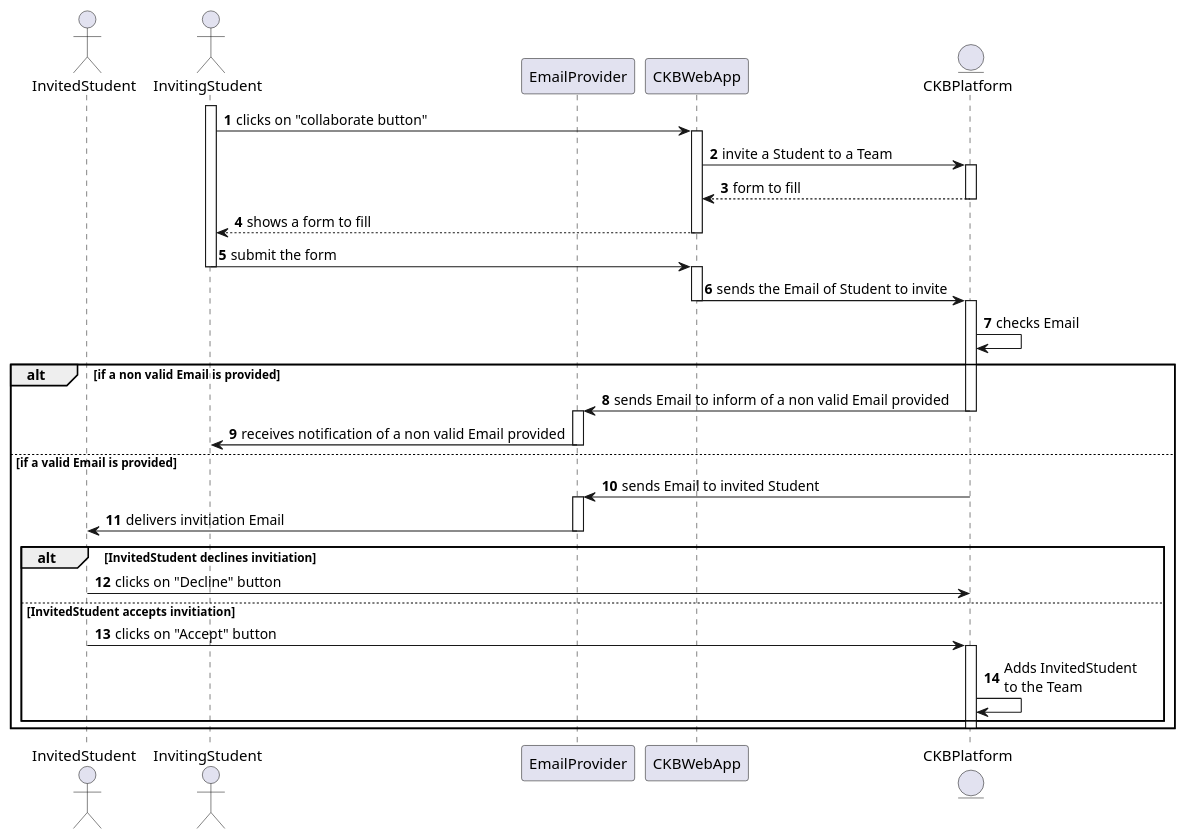
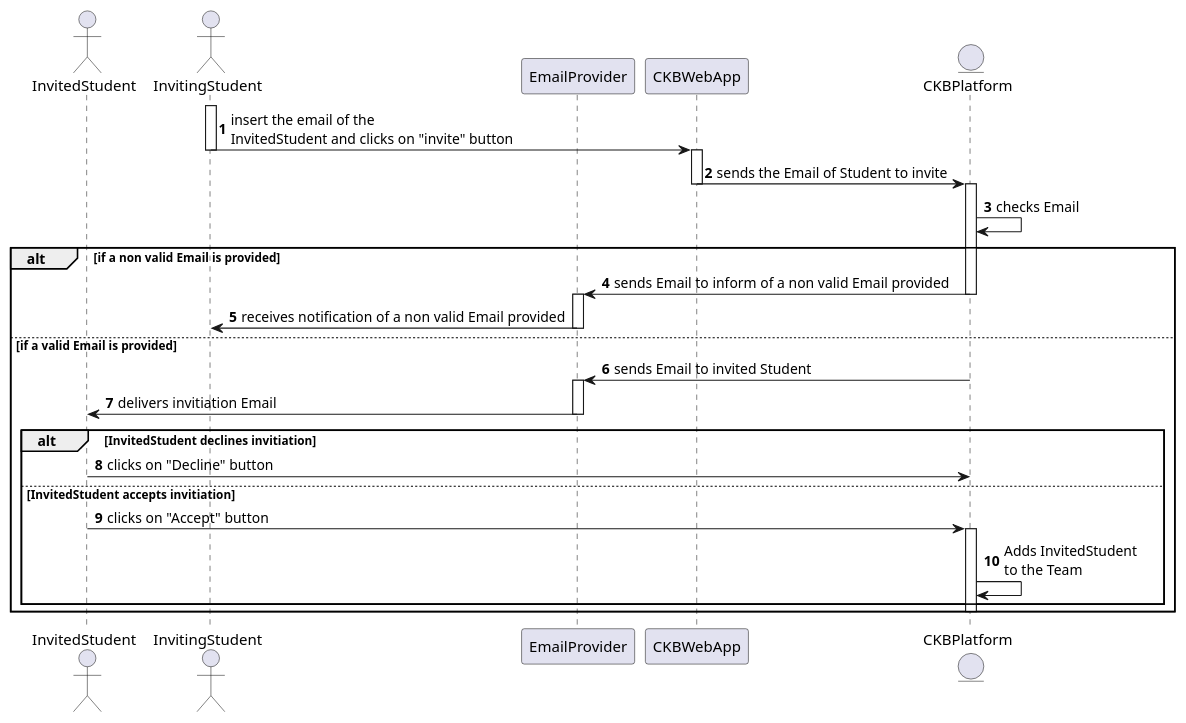
The diagram in _RASD/Images/UML/sequenceDiagram/sequenceDiagramUC4b.wsd (Angelo7672/SE2_Requirement-and-Design-Document), drawn with PlantUML before and after one commit. The commit also changed 7 other files, not shown here.

Commit message:
component Interface diagram update. uc3 uc4 RASD fix

```diff
--- a/_RASD/Images/UML/sequenceDiagram/sequenceDiagramUC4b.wsd
+++ b/_RASD/Images/UML/sequenceDiagram/sequenceDiagramUC4b.wsd
@@ -1,50 +1,42 @@
 @startuml
 
 autonumber
 
 actor InvitedStudent as UB
 actor InvitingStudent as UA
 participant EmailProvider as E
 participant CKBWebApp as A
 entity CKBPlatform as P
 
 activate UA
-UA -> A: clicks on "collaborate button"
-activate A
-A -> P: invite a Student to a Team
-activate P
-P --> A: form to fill
-deactivate P
-UA <-- A: shows a form to fill
-deactivate A
-UA -> A: submit the form
+UA -> A: insert the email of the\nInvitedStudent and clicks on "invite" button
 deactivate UA
 activate A
 A -> P: sends the Email of Student to invite
 deactivate A
 activate P
 P -> P: checks Email
 deactivate A
 
 alt if a non valid Email is provided
     P -> E: sends Email to inform of a non valid Email provided
     deactivate P
     activate E
     E -> UA: receives notification of a non valid Email provided
     deactivate E
 else if a valid Email is provided
     P -> E: sends Email to invited Student
     activate E
     E -> UB: delivers invitiation Email
     deactivate E
 
     alt InvitedStudent declines invitiation
         UB -> P: clicks on "Decline" button
     else InvitedStudent accepts invitiation
         UB -> P: clicks on "Accept" button
         activate P
         P -> P: Adds InvitedStudent \nto the Team
     end
     deactivate P
 end 
 @enduml
```
